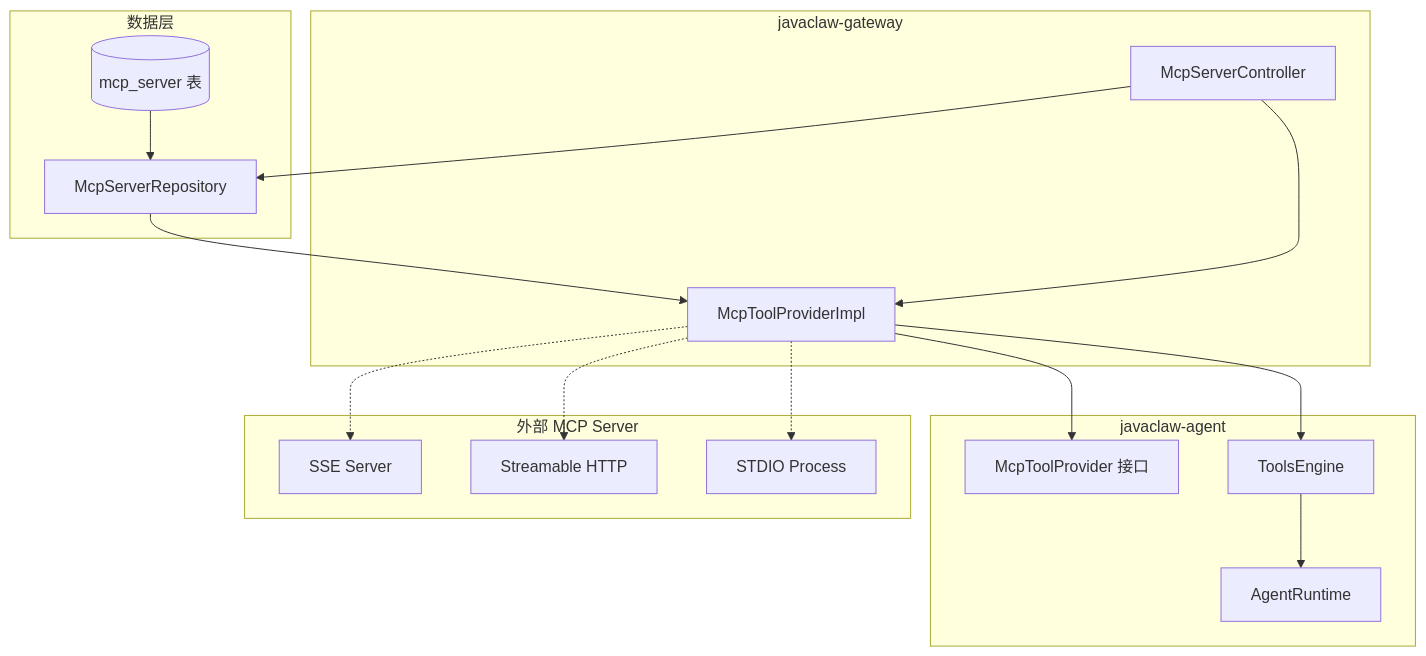
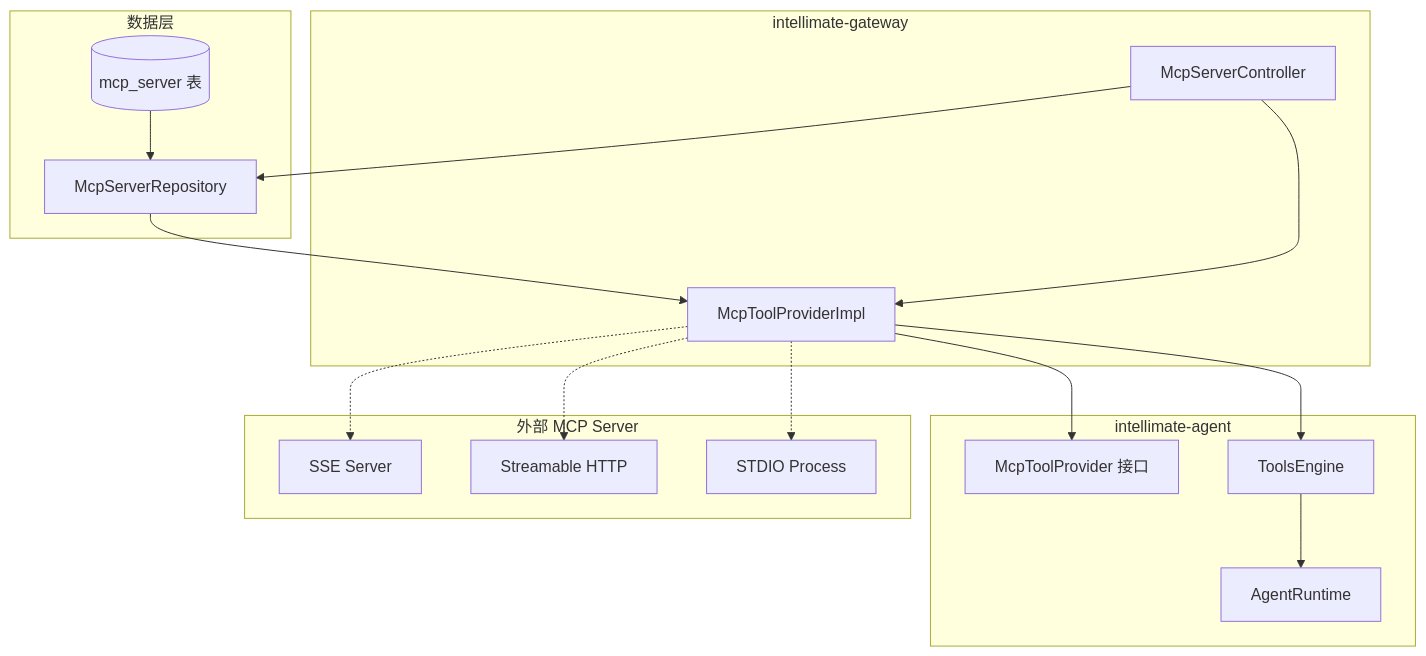
Before and after one commit to AutumnFruit-1999/IntelliMate: the first of 2 diagrams in docs/MCP_TOOLS_GUIDE.md, drawn with Mermaid. The commit also changed other lines of this file and 610 other files, not shown here.

````diff
--- a/docs/MCP_TOOLS_GUIDE.md
+++ b/docs/MCP_TOOLS_GUIDE.md
@@ -9,35 +9,35 @@
 ```mermaid
 flowchart TB
     subgraph DataLayer["数据层"]
         DB[(mcp_server 表)]
         Repo[McpServerRepository]
     end
 
-    subgraph Gateway["javaclaw-gateway"]
+    subgraph Gateway["intellimate-gateway"]
         Controller[McpServerController]
         Impl[McpToolProviderImpl]
     end
 
-    subgraph Agent["javaclaw-agent"]
+    subgraph Agent["intellimate-agent"]
         Interface[McpToolProvider 接口]
         ToolsEngine[ToolsEngine]
         AgentRuntime[AgentRuntime]
     end
 
     subgraph External["外部 MCP Server"]
         MCPServer1[SSE Server]
         MCPServer2[Streamable HTTP]
         MCPServer3[STDIO Process]
     end
 
     DB --> Repo
     Repo --> Impl
     Controller --> Impl
     Controller --> Repo
     Impl --> Interface
     Impl --> ToolsEngine
     ToolsEngine --> AgentRuntime
     Impl -.-> MCPServer1
     Impl -.-> MCPServer2
     Impl -.-> MCPServer3
 ```
````
